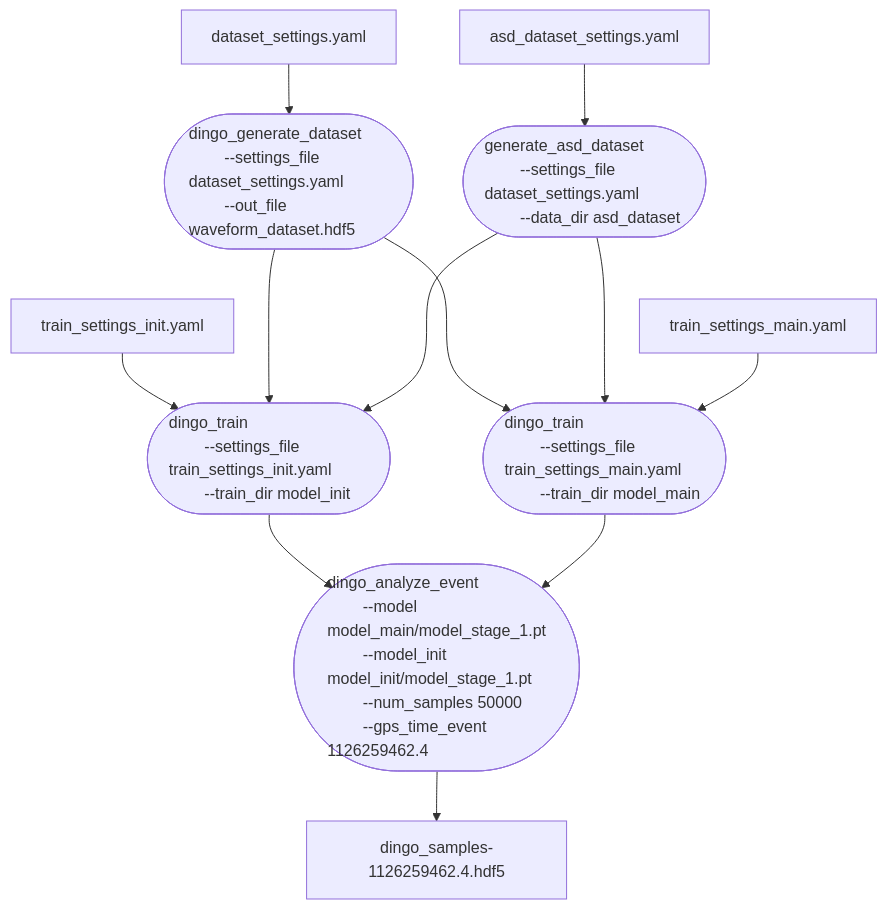
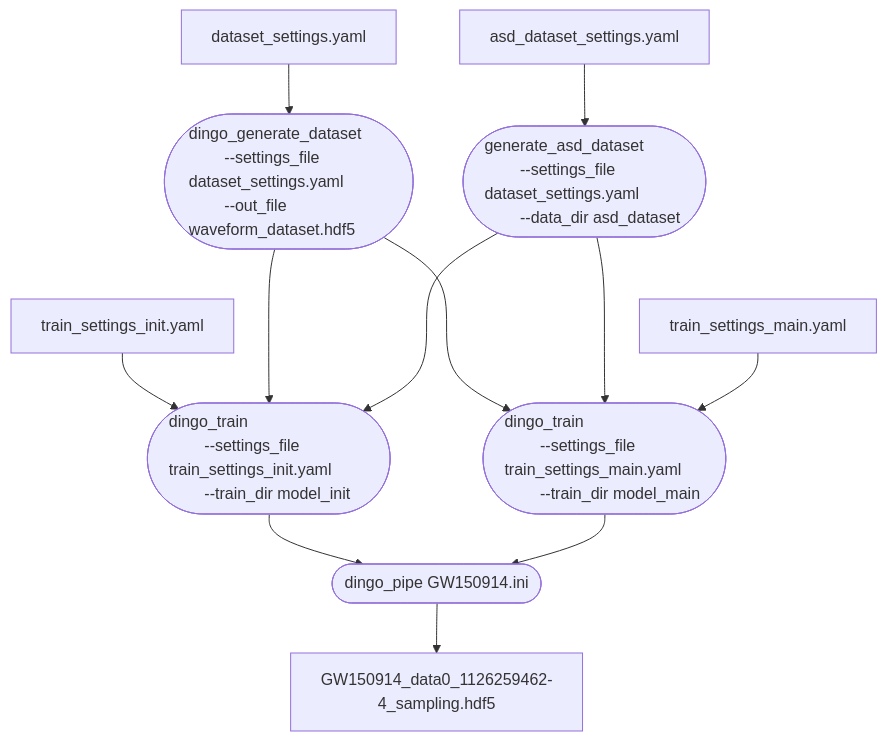
One commit to dingo-gw/dingo changed the diagram in docs/source/quickstart.md. Above: the diagram before and after it, drawn with Mermaid. The commit also changed other lines of this file and 3 other files, not shown here.

````diff
--- a/docs/source/quickstart.md
+++ b/docs/source/quickstart.md
@@ -10,36 +10,32 @@
 ```{mermaid}
 flowchart TB
     dataset_settings[dataset_settings.yaml]
     dataset_settings-->generate_dataset(["dingo_generate_dataset
     #nbsp; #nbsp; --settings_file dataset_settings.yaml
     #nbsp; #nbsp; --out_file waveform_dataset.hdf5"])
     style generate_dataset text-align:left
     asd_settings[asd_dataset_settings.yaml]
     asd_settings-->generate_asd(["generate_asd_dataset
     #nbsp; #nbsp; --settings_file dataset_settings.yaml
     #nbsp; #nbsp; --data_dir asd_dataset"])
     style generate_asd text-align:left
     train_init(["dingo_train 
     #nbsp; #nbsp; --settings_file train_settings_init.yaml
     #nbsp; #nbsp; --train_dir model_init"])
     style train_init text-align:left
     train_settings_init[train_settings_init.yaml]
     train_settings_init-->train_init
     generate_dataset--->train_init
     generate_asd--->train_init
     generate_dataset--->train_main(["dingo_train 
     #nbsp; #nbsp; --settings_file train_settings_main.yaml
     #nbsp; #nbsp; --train_dir model_main"])
     style train_main text-align:left
     train_settings_main[train_settings_main.yaml]
     generate_asd--->train_main
     train_settings_main-->train_main
-    train_init-->inference(["dingo_analyze_event
-    #nbsp; #nbsp; --model model_main/model_stage_1.pt
-    #nbsp; #nbsp; --model_init model_init/model_stage_1.pt
-    #nbsp; #nbsp; --num_samples 50000
-    #nbsp; #nbsp; --gps_time_event 1126259462.4"])
+    train_init-->inference(["dingo_pipe GW150914.ini"])
     style inference text-align:left
     train_main-->inference
-    inference-->samples[dingo_samples-1126259462.4.hdf5]
+    inference-->samples[GW150914_data0_1126259462-4_sampling.hdf5]
 ```
````
